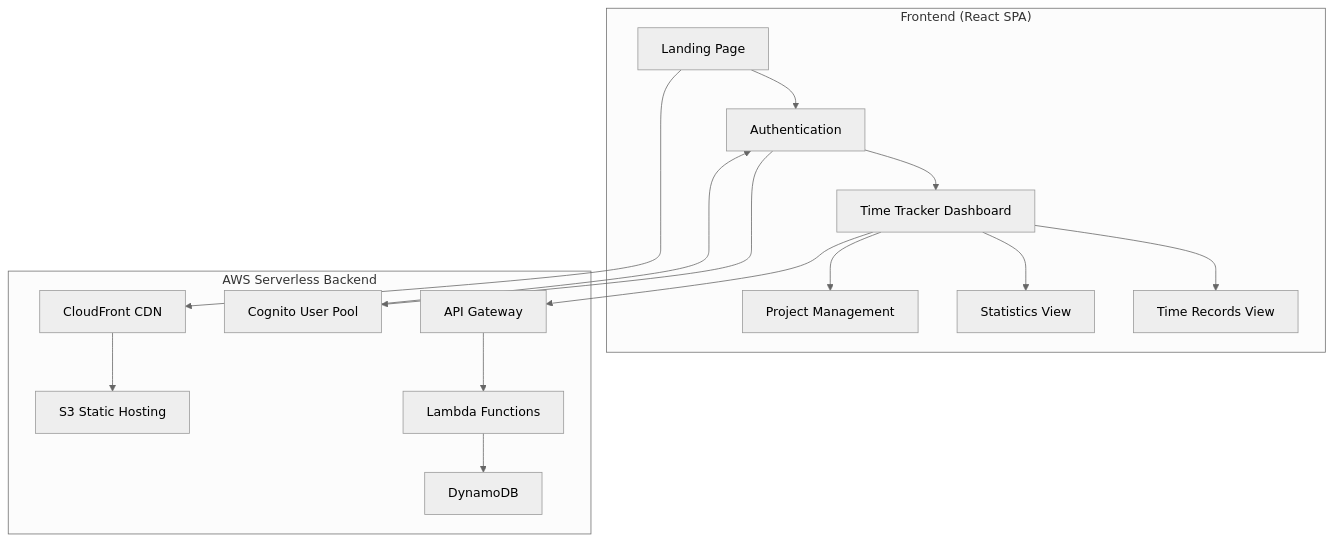
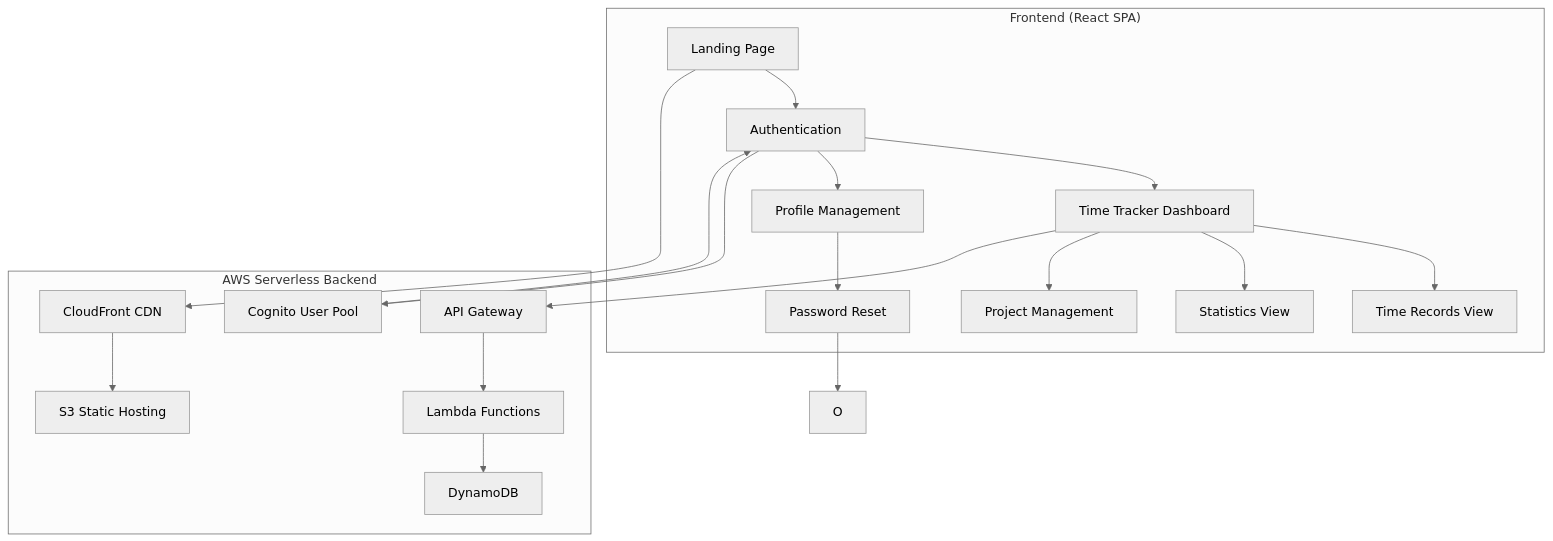
The diagram in .kiro/specs/time-tracking-app/design.md (Flojolomo/time-tracking-app), drawn with Mermaid (neutral theme) before and after one commit. The commit also changed other lines of this file and 2 other files, not shown here.

````diff
--- a/.kiro/specs/time-tracking-app/design.md
+++ b/.kiro/specs/time-tracking-app/design.md
@@ -11,21 +11,24 @@
 ```mermaid
 graph TB
     subgraph "Frontend (React SPA)"
         A[Landing Page] --> B[Authentication]
         B --> C[Time Tracker Dashboard]
         C --> D[Time Records View]
         C --> E[Statistics View]
         C --> F[Project Management]
+        B --> G[Profile Management]
+        G --> H[Password Reset]
     end
     
     subgraph "AWS Serverless Backend"
-        G[CloudFront CDN] --> H[S3 Static Hosting]
-        I[API Gateway] --> J[Lambda Functions]
-        J --> K[DynamoDB]
-        L[Cognito User Pool] --> B
+        I[CloudFront CDN] --> J[S3 Static Hosting]
+        K[API Gateway] --> L[Lambda Functions]
+        L --> M[DynamoDB]
+        N[Cognito User Pool] --> B
     end
     
-    A --> G
-    C --> I
-    B --> L
+    A --> I
+    C --> K
+    B --> N
+    H --> O
 ```
````
